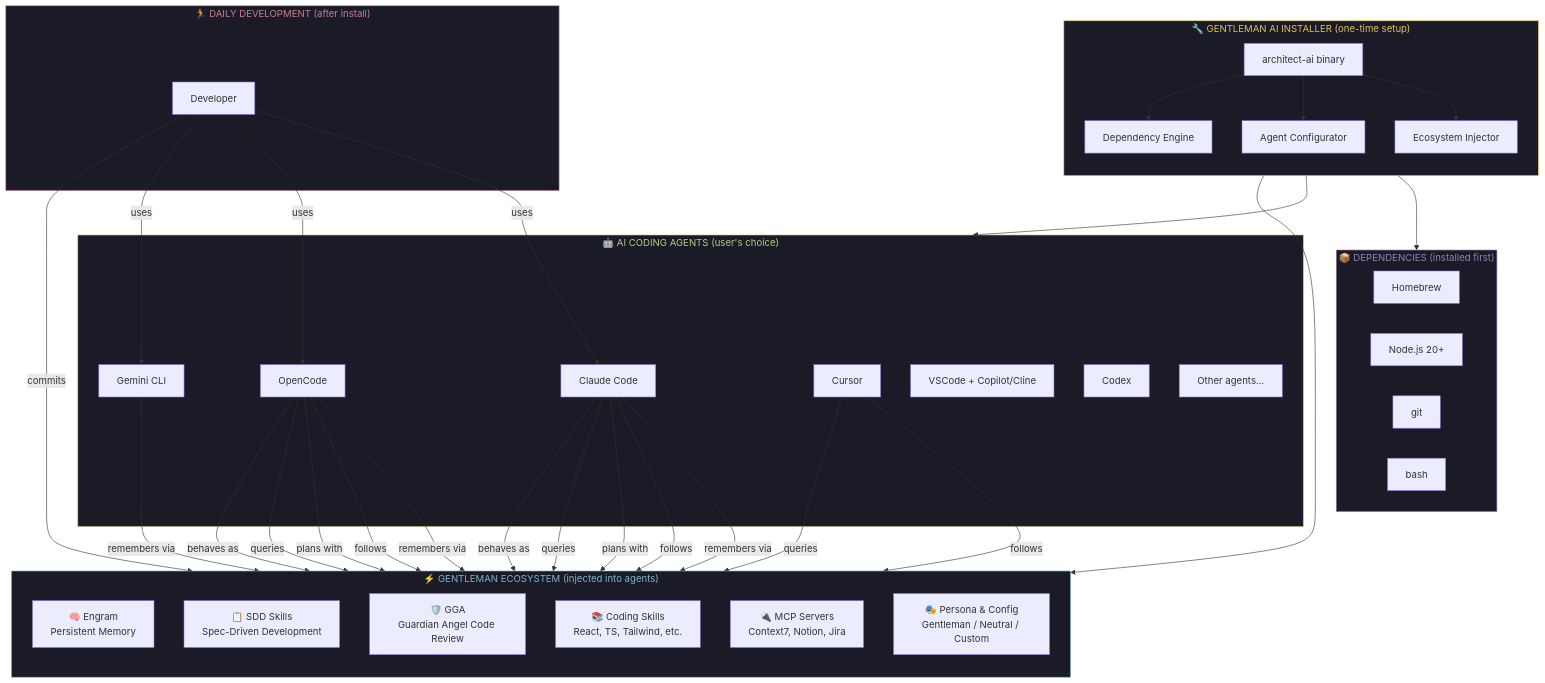
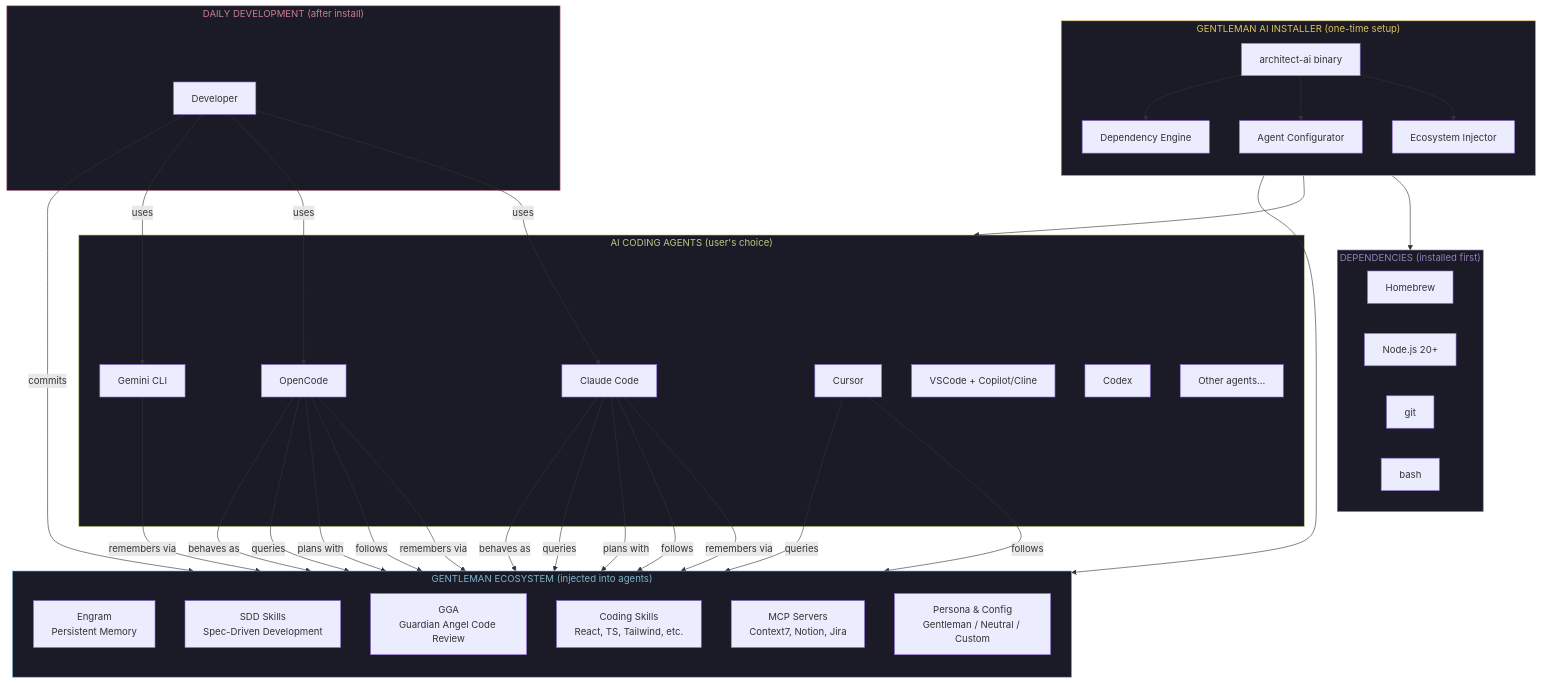
Before and after one commit to rd-mg/architect-ai: the first of 7 diagrams in PRD.md, drawn with Mermaid. The commit also changed other lines of this file and 149 other files, not shown here.

````diff
--- a/PRD.md
+++ b/PRD.md
@@ -580,74 +580,74 @@
 ```mermaid
 graph TB
-    subgraph INSTALLER["🔧 GENTLEMAN AI INSTALLER (one-time setup)"]
+    subgraph INSTALLER[" GENTLEMAN AI INSTALLER (one-time setup)"]
         direction TB
         GAI[architect-ai binary]
         GAI --> DEP_ENGINE[Dependency Engine]
         GAI --> AGENT_ENGINE[Agent Configurator]
         GAI --> ECO_ENGINE[Ecosystem Injector]
     end
 
-    subgraph DEPS["📦 DEPENDENCIES (installed first)"]
+    subgraph DEPS[" DEPENDENCIES (installed first)"]
         BREW[Homebrew]
         NODE[Node.js 20+]
         GIT[git]
         BASH_DEP[bash]
     end
 
-    subgraph AGENTS["🤖 AI CODING AGENTS (user's choice)"]
+    subgraph AGENTS[" AI CODING AGENTS (user's choice)"]
         CC[Claude Code]
         OC[OpenCode]
         GEM[Gemini CLI]
         CUR[Cursor]
         VSC[VSCode + Copilot/Cline]
         CDX[Codex]
         OTHER[Other agents...]
     end
 
-    subgraph ECOSYSTEM["⚡ GENTLEMAN ECOSYSTEM (injected into agents)"]
+    subgraph ECOSYSTEM[" GENTLEMAN ECOSYSTEM (injected into agents)"]
         direction TB
-        ENGRAM[🧠 Engram<br/>Persistent Memory]
-        SDD[📋 SDD Skills<br/>Spec-Driven Development]
-        GGA_COMP[🛡️ GGA<br/>Guardian Angel Code Review]
-        SKILLS[📚 Coding Skills<br/>React, TS, Tailwind, etc.]
-        MCP[🔌 MCP Servers<br/>Context7, Notion, Jira]
-        PERSONA[🎭 Persona & Config<br/>Gentleman / Neutral / Custom]
+        ENGRAM[ Engram<br/>Persistent Memory]
+        SDD[ SDD Skills<br/>Spec-Driven Development]
+        GGA_COMP[ GGA<br/>Guardian Angel Code Review]
+        SKILLS[ Coding Skills<br/>React, TS, Tailwind, etc.]
+        MCP[ MCP Servers<br/>Context7, Notion, Jira]
+        PERSONA[ Persona & Config<br/>Gentleman / Neutral / Custom]
     end
 
-    subgraph RUNTIME["🏃 DAILY DEVELOPMENT (after install)"]
+    subgraph RUNTIME[" DAILY DEVELOPMENT (after install)"]
         DEV[Developer]
     end
 
     DEP_ENGINE --> DEPS
     AGENT_ENGINE --> AGENTS
     ECO_ENGINE --> ECOSYSTEM
 
     DEV -->|uses| CC
     DEV -->|uses| OC
     DEV -->|uses| GEM
     DEV -->|commits| GGA_COMP
 
     CC -->|remembers via| ENGRAM
     OC -->|remembers via| ENGRAM
     GEM -->|remembers via| ENGRAM
 
     CC -->|follows| SKILLS
     OC -->|follows| SKILLS
     CUR -->|follows| SKILLS
 
     CC -->|plans with| SDD
     OC -->|plans with| SDD
 
     CC -->|queries| MCP
     OC -->|queries| MCP
     CUR -->|queries| MCP
 
     CC -->|behaves as| PERSONA
     OC -->|behaves as| PERSONA
 
     style INSTALLER fill:#1a1b26,stroke:#E0C15A,color:#E0C15A
     style ECOSYSTEM fill:#1a1b26,stroke:#7FB4CA,color:#7FB4CA
     style AGENTS fill:#1a1b26,stroke:#B7CC85,color:#B7CC85
     style DEPS fill:#1a1b26,stroke:#957FB8,color:#957FB8
     style RUNTIME fill:#1a1b26,stroke:#CB7C94,color:#CB7C94
 ```
````
